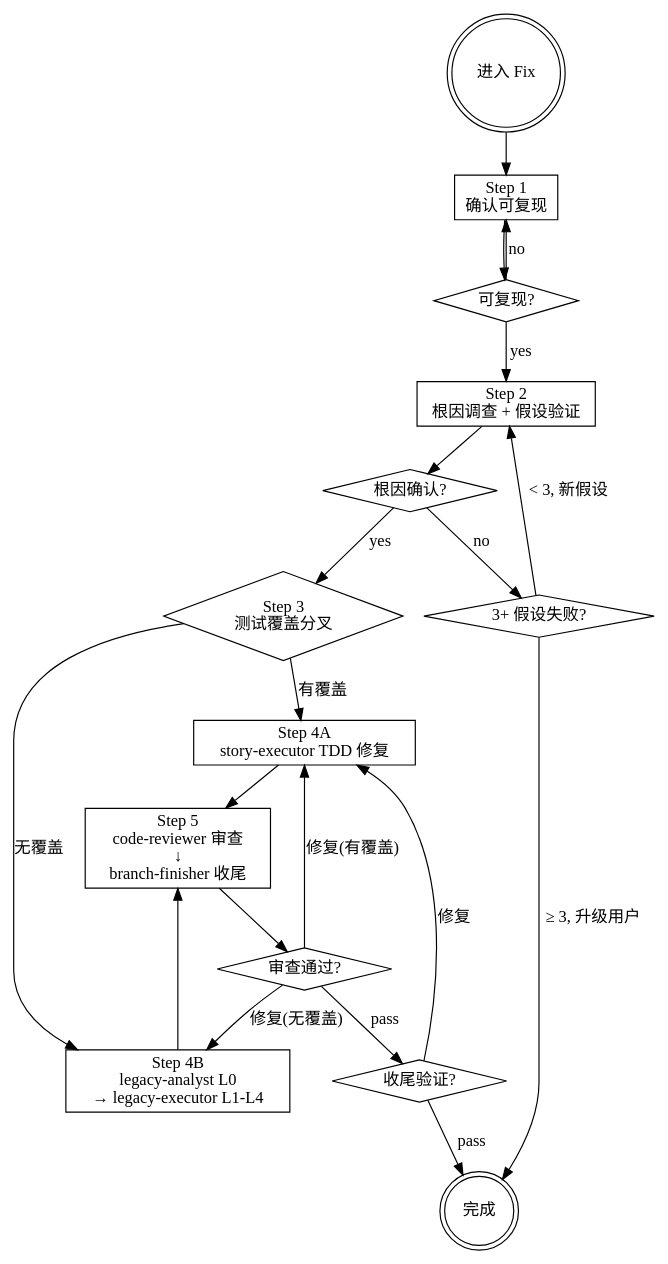
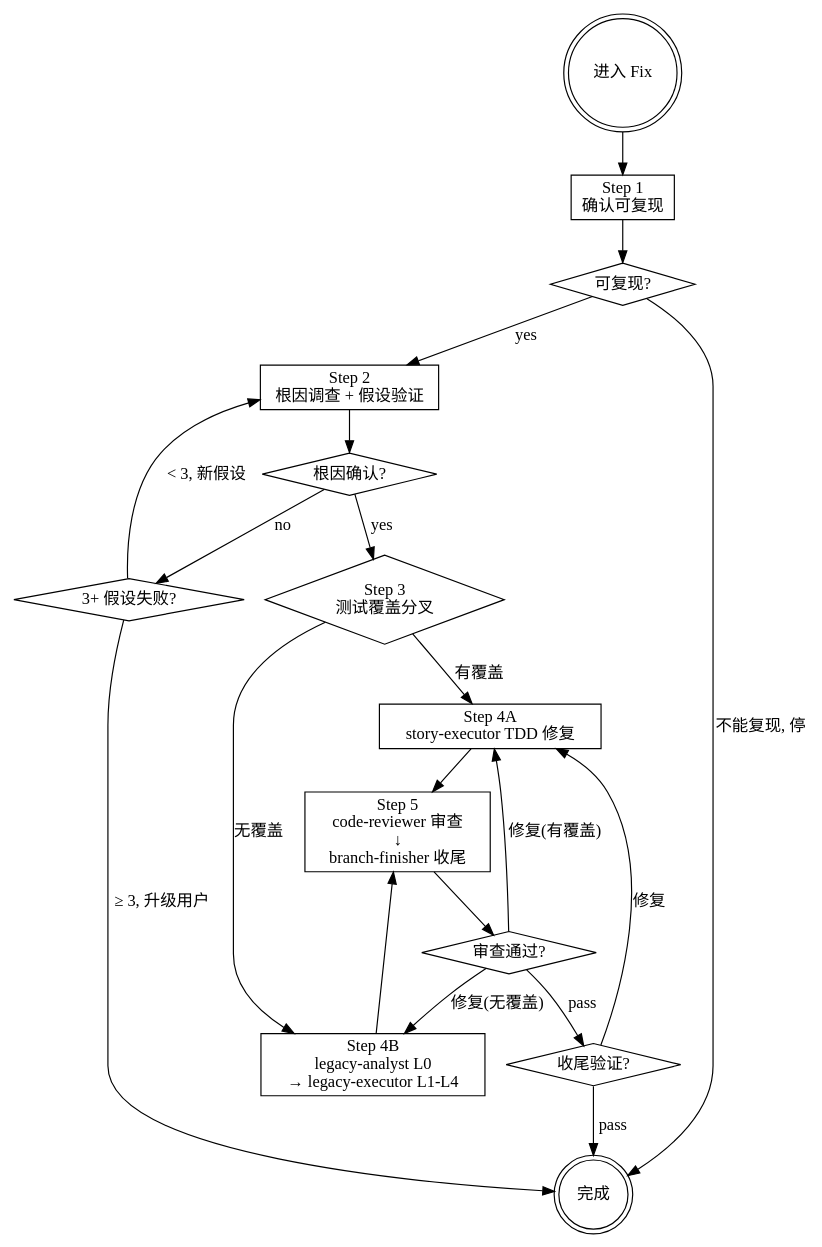
The diagram in agents/Fix.md (hsiang-lee/my_opencode), drawn with Graphviz before and after one commit. The commit also changed other lines of this file and 11 other files, not shown here.

````diff
--- a/agents/Fix.md
+++ b/agents/Fix.md
@@ -62,39 +62,39 @@
 ```dot
 digraph fix_flow {
     rankdir=TB;
     start [label="进入 Fix", shape=doublecircle];
     step1 [label="Step 1\n确认可复现", shape=box];
     step2 [label="Step 2\n根因调查 + 假设验证", shape=box];
     step3 [label="Step 3\n测试覆盖分叉", shape=diamond];
     fixA [label="Step 4A\nstory-executor TDD 修复", shape=box];
     fixB [label="Step 4B\nlegacy-analyst L0\n→ legacy-executor L1-L4", shape=box];
     step5 [label="Step 5\ncode-reviewer 审查\n↓\nbranch-finisher 收尾", shape=box];
 
     gate1 [label="可复现?", shape=diamond];
     gate2 [label="根因确认?", shape=diamond];
     gate2_fail [label="3+ 假设失败?", shape=diamond];
     gate5a [label="审查通过?", shape=diamond];
     gate5b [label="收尾验证?", shape=diamond];
     done [label="完成", shape=doublecircle];
 
     start -> step1;
     step1 -> gate1;
     gate1 -> step2 [label="yes"];
-    gate1 -> step1 [label="no"];
+    gate1 -> done [label="不能复现, 停"];
     step2 -> gate2;
     gate2 -> step3 [label="yes"];
     gate2 -> gate2_fail [label="no"];
     gate2_fail -> step2 [label="< 3, 新假设"];
     gate2_fail -> done [label="≥ 3, 升级用户"];
     step3 -> fixA [label="有覆盖"];
     step3 -> fixB [label="无覆盖"];
     fixA -> step5;
     fixB -> step5;
     step5 -> gate5a;
     gate5a -> fixA [label="修复(有覆盖)"];
     gate5a -> fixB [label="修复(无覆盖)"];
     gate5a -> gate5b [label="pass"];
     gate5b -> fixA [label="修复"];
     gate5b -> done [label="pass"];
 }
 ```
````
